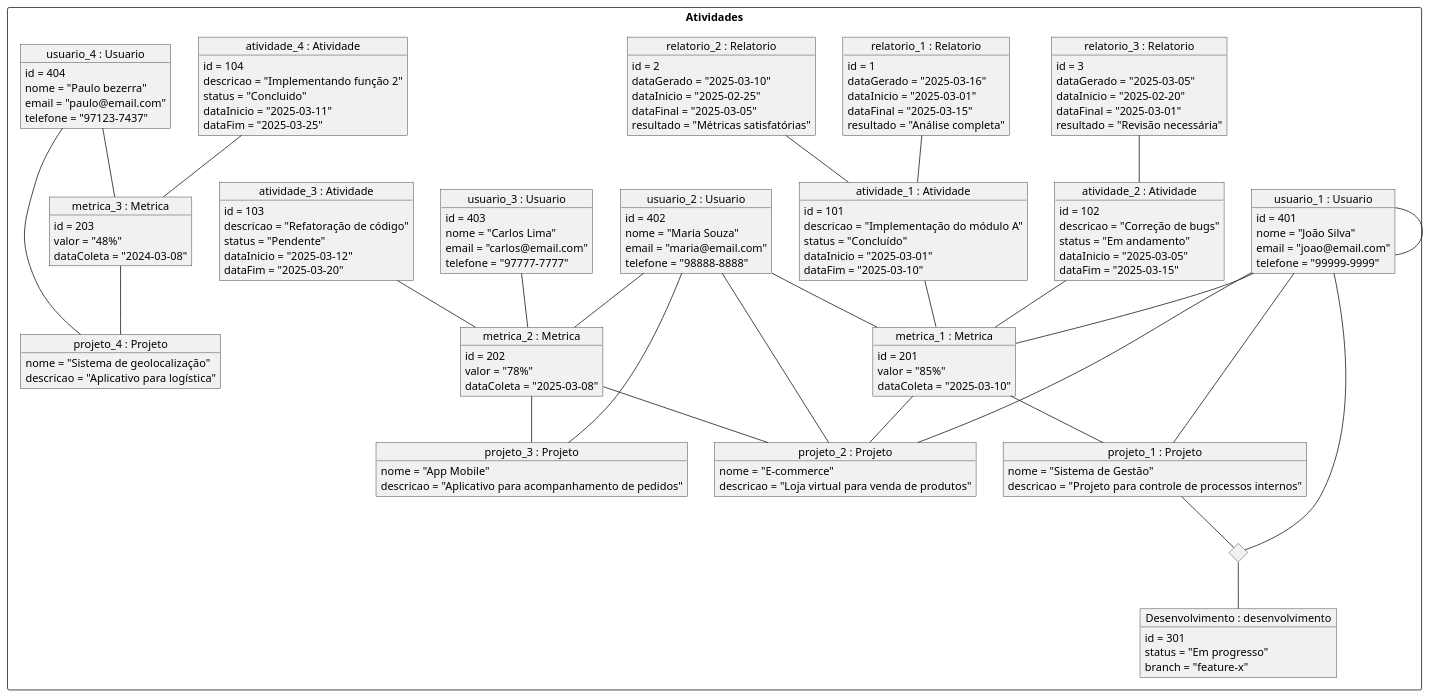
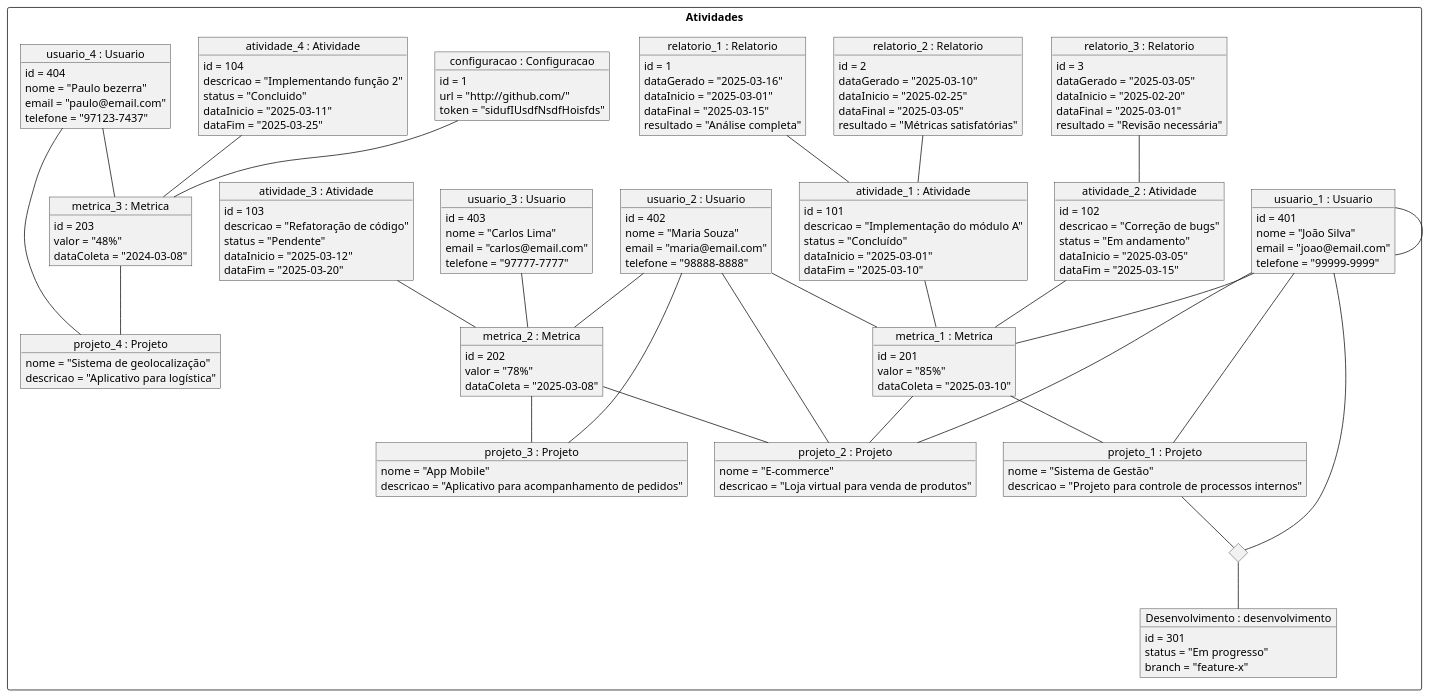
Before and after one commit to yurilsn/DiagramasUml: the diagram in objetos_proj_fina.wsd, drawn with PlantUML. The commit also changed 3 other files, not shown here.

Commit message:
diagrama  de estados

```diff
--- a/objetos_proj_fina.wsd
+++ b/objetos_proj_fina.wsd
@@ -1,173 +1,182 @@
 @startuml
 
 rectangle "Atividades" {
+
+
+    object "configuracao : Configuracao" as configuracao {
+        id = 1
+        url = "http://github.com/"
+        token = "sidufIUsdfNsdfHoisfds"
+    }
 
     object "relatorio_1 : Relatorio" as relatorio1 {
         id = 1
         dataGerado = "2025-03-16"
         dataInicio = "2025-03-01"
         dataFinal = "2025-03-15"
         resultado = "Análise completa"
     }
     
     object "relatorio_2 : Relatorio" as relatorio2 {
         id = 2
         dataGerado = "2025-03-10"
         dataInicio = "2025-02-25"
         dataFinal = "2025-03-05"
         resultado = "Métricas satisfatórias"
     }
     
     object "relatorio_3 : Relatorio" as relatorio3 {
         id = 3
         dataGerado = "2025-03-05"
         dataInicio = "2025-02-20"
         dataFinal = "2025-03-01"
         resultado = "Revisão necessária"
     }
 
     object "atividade_1 : Atividade" as atividade_1 {
         id = 101
         descricao = "Implementação do módulo A"
         status = "Concluído"
         dataInicio = "2025-03-01"
         dataFim = "2025-03-10"
     }
     
     object "atividade_2 : Atividade" as atividade_2 {
         id = 102
         descricao = "Correção de bugs"
         status = "Em andamento"
         dataInicio = "2025-03-05"
         dataFim = "2025-03-15"
     }
     
     object "atividade_3 : Atividade" as atividade_3 {
         id = 103
         descricao = "Refatoração de código"
         status = "Pendente"
         dataInicio = "2025-03-12"
         dataFim = "2025-03-20"
     }
 
     object "atividade_4 : Atividade" as atividade_4 {
         id = 104
         descricao = "Implementando função 2"
         status = "Concluido"
         dataInicio = "2025-03-11"
         dataFim = "2025-03-25"
     }
 
     object "metrica_1 : Metrica" as metrica_1 {
         id = 201
         valor = "85%"
         dataColeta = "2025-03-10"
     }
 
     object "metrica_2 : Metrica" as metrica_2 {
         id = 202
         valor = "78%"
         dataColeta = "2025-03-08"
     }
 
     object "metrica_3 : Metrica" as metrica_3 {
         id = 203
         valor = "48%"
         dataColeta = "2024-03-08"
     }
 
     object "projeto_1 : Projeto" as projeto_1 {
         nome = "Sistema de Gestão"
         descricao = "Projeto para controle de processos internos"
     }
     
     object "projeto_2 : Projeto" as projeto_2 {
         nome = "E-commerce"
         descricao = "Loja virtual para venda de produtos"
     }
     
     object "projeto_3 : Projeto" as projeto_3 {
         nome = "App Mobile"
         descricao = "Aplicativo para acompanhamento de pedidos"
     }
     object "projeto_4 : Projeto" as projeto_4 {
         nome = "Sistema de geolocalização"
         descricao = "Aplicativo para logística"
     }
 
     object "Desenvolvimento : desenvolvimento" as desenvolvimento {
         id = 301
         status = "Em progresso"
         branch = "feature-x"
     }
 
     object "usuario_1 : Usuario" as usuario_1 {
         id = 401
         nome = "João Silva"
         email = "joao@email.com"
         telefone = "99999-9999"
     }
     
     object "usuario_2 : Usuario" as usuario_2 {
         id = 402
         nome = "Maria Souza"
         email = "maria@email.com"
         telefone = "98888-8888"
     }
     
     object "usuario_3 : Usuario" as usuario_3 {
         id = 403
         nome = "Carlos Lima"
         email = "carlos@email.com"
         telefone = "97777-7777"
     }
 
     object "usuario_4 : Usuario" as usuario_4 {
         id = 404
         nome = "Paulo bezerra"
         email = "paulo@email.com"
         telefone = "97123-7437"
     }
 
     diamond dev
 
     relatorio1 -- atividade_1
     relatorio2 -- atividade_1
     relatorio3 -- atividade_2
 
     atividade_1 -- metrica_1
     atividade_2 -- metrica_1
     atividade_3 -- metrica_2
     atividade_4 -- metrica_3
     
     
 
     metrica_1 -- projeto_1
     metrica_1 -- projeto_2
     metrica_2 -- projeto_2
     metrica_2 -- projeto_3
     metrica_3 -- projeto_4
 
     usuario_1 -- metrica_1
     usuario_2 -- metrica_2
     usuario_2 -- metrica_1
     usuario_3 -- metrica_2
     usuario_4 -- metrica_3
 
 
     usuario_1 -- projeto_1
     usuario_1 -- projeto_2
     usuario_2 -- projeto_2
     usuario_2 -- projeto_3
     usuario_4 -- projeto_4
 
 
     usuario_1 -- usuario_1
 
     projeto_1 -- dev
     usuario_1 -- dev
     dev -- desenvolvimento
 
+    configuracao -- metrica_3
+
 }
 
 @enduml
```
